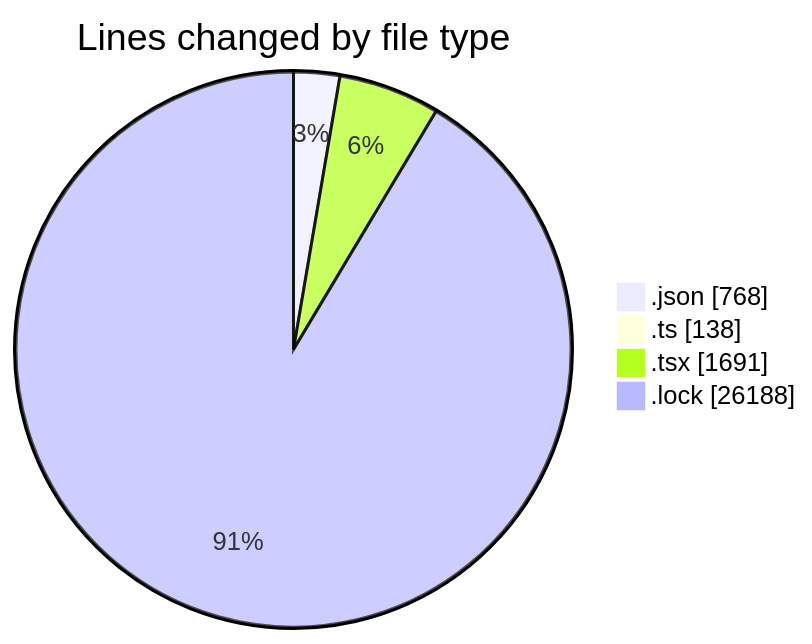
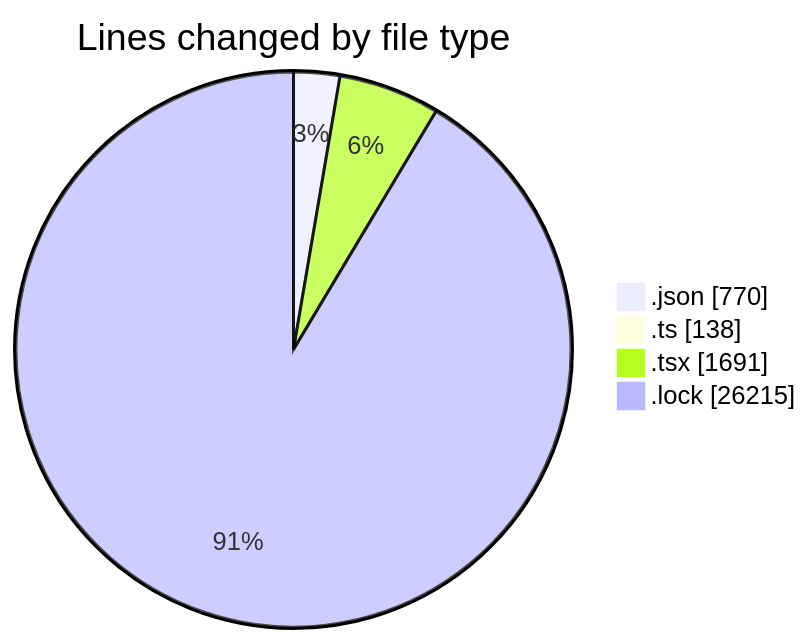
The first of 2 diagrams in 2025-05-07/cda/README.md (momahboobian/code-tracking), drawn with Mermaid before and after one commit. The commit also changed other lines of this file and 1 other file, not shown here.

````diff
--- a/2025-05-07/cda/README.md
+++ b/2025-05-07/cda/README.md
@@ -46,8 +46,8 @@
 ```mermaid
 pie showData
 title Lines changed by file type
-".json" : 768
+".json" : 770
 ".ts" : 138
 ".tsx" : 1691
-".lock" : 26188
+".lock" : 26215
 ```
````
